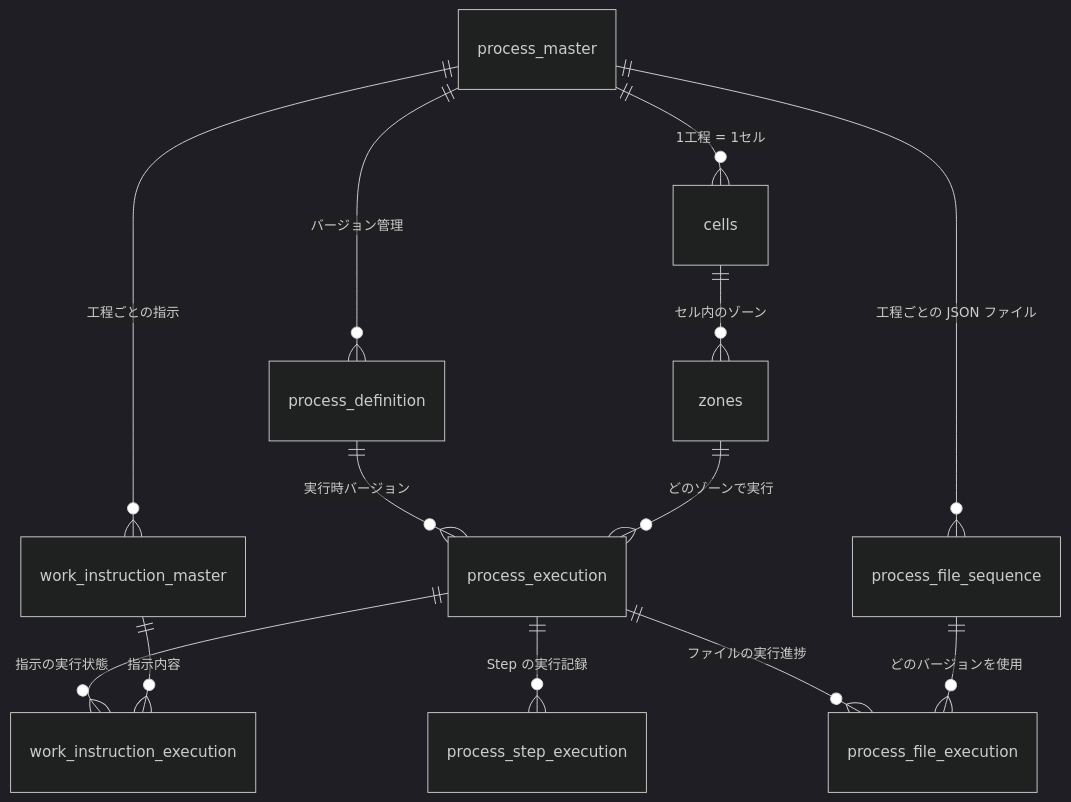
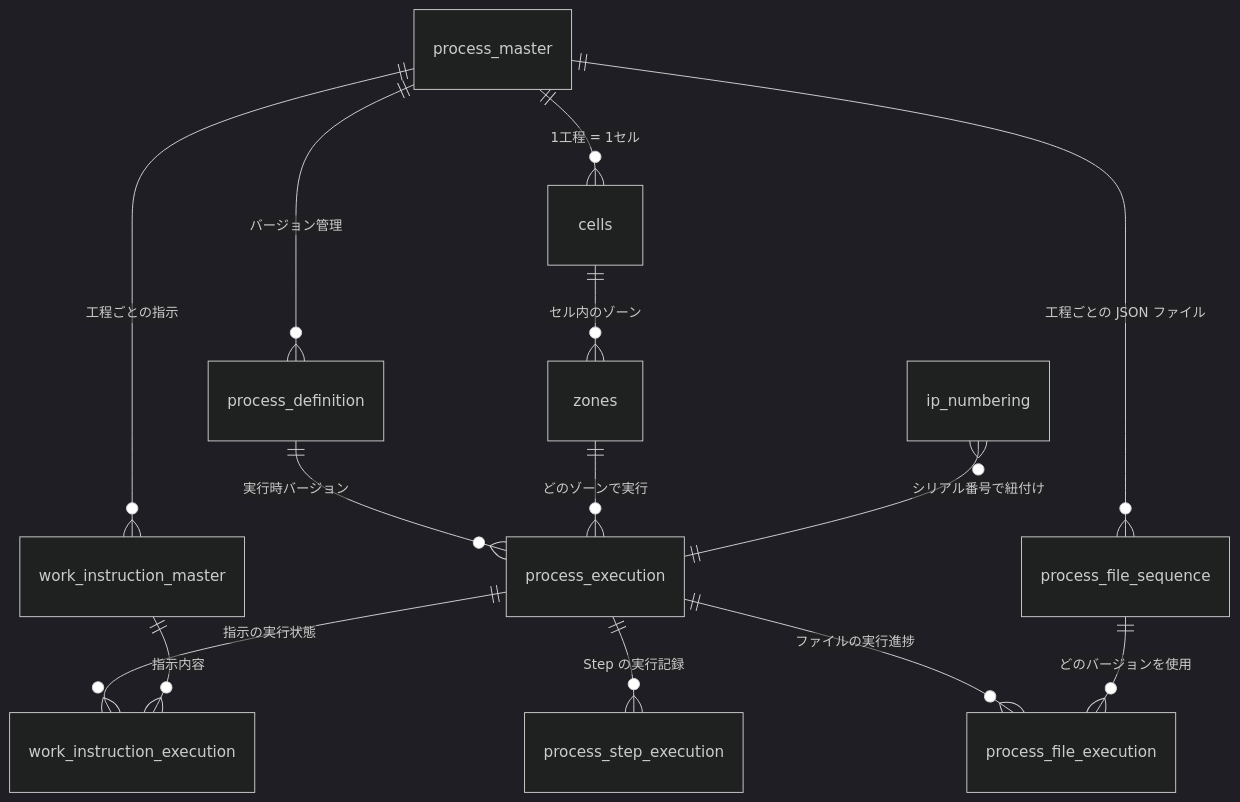
One commit to namagi14-lab/spica-warranty-design changed the ninth of 9 diagrams in docs/07_system_design.md. Above: the diagram before and after it, drawn with Mermaid (dark theme). The commit also changed other lines of this file, not shown here.

````diff
--- a/docs/07_system_design.md
+++ b/docs/07_system_design.md
@@ -370,18 +356,19 @@
 ```mermaid
 erDiagram
     process_master ||--o{ cells : "1工程 = 1セル"
     process_master ||--o{ process_definition : "バージョン管理"
     process_master ||--o{ work_instruction_master : "工程ごとの指示"
     process_master ||--o{ process_file_sequence : "工程ごとの JSON ファイル"
 
     cells ||--o{ zones : "セル内のゾーン"
 
     process_definition ||--o{ process_execution : "実行時バージョン"
     zones ||--o{ process_execution : "どのゾーンで実行"
     process_execution ||--o{ work_instruction_execution : "指示の実行状態"
     process_execution ||--o{ process_step_execution : "Step の実行記録"
     process_execution ||--o{ process_file_execution : "ファイルの実行進捗"
 
     process_file_sequence ||--o{ process_file_execution : "どのバージョンを使用"
     work_instruction_master ||--o{ work_instruction_execution : "指示内容"
+    ip_numbering }o--|| process_execution : "シリアル番号で紐付け"
 ```
````
